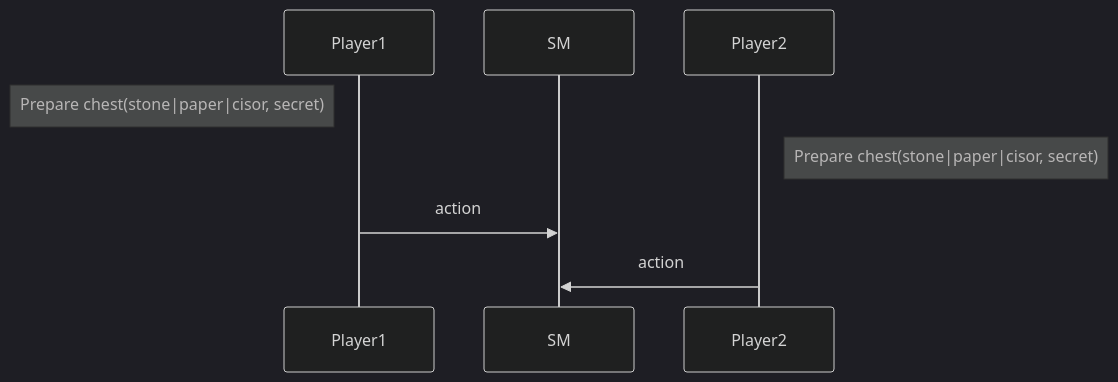
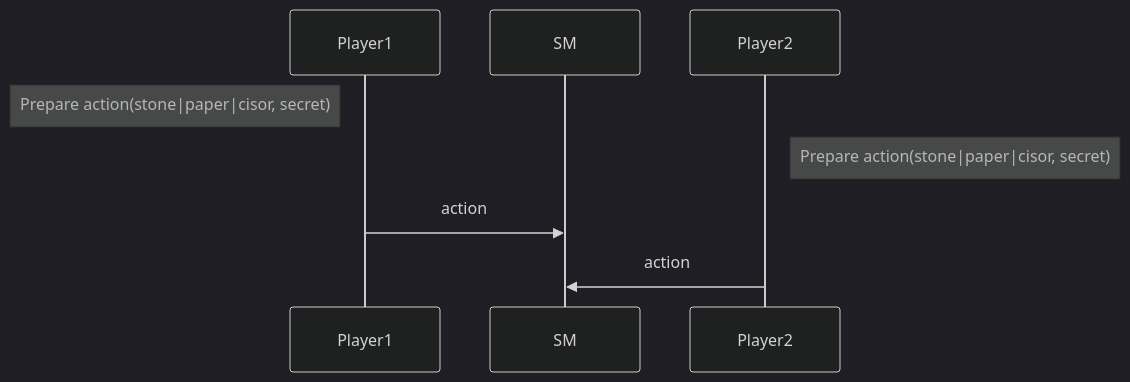
One commit to ligolang/jsligo-training-dapp-shifumi changed the first of 6 diagrams in README.md. Above: the diagram before and after it, drawn with Mermaid (dark theme). The commit also changed other lines of this file, not shown here.

````diff
--- a/README.md
+++ b/README.md
@@ -34,10 +34,10 @@
 ```mermaid
 sequenceDiagram
   participant Player1
   participant SM
   participant Player2
-  Note left of Player1: Prepare chest(stone|paper|cisor, secret)
-  Note right of Player2: Prepare chest(stone|paper|cisor, secret)
+  Note left of Player1: Prepare action(stone|paper|cisor, secret)
+  Note right of Player2: Prepare action(stone|paper|cisor, secret)
   Player1->>SM: action
   Player2->>SM: action
 ```
````
